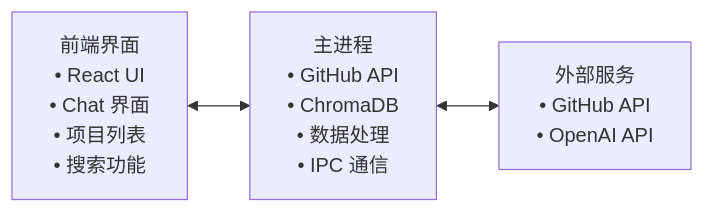
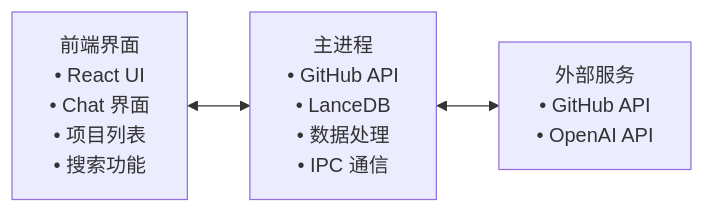
One commit to yangyang0507/starepo changed the diagram in README.md. Above: the diagram before and after it, drawn with Mermaid. The commit also changed other lines of this file and 6 other files, not shown here.

````diff
--- a/README.md
+++ b/README.md
@@ -105,9 +105,9 @@
 ```mermaid
 graph LR
     Frontend[前端界面<br/>• React UI<br/>• Chat 界面<br/>• 项目列表<br/>• 搜索功能]
-    MainProcess[主进程<br/>• GitHub API<br/>• ChromaDB<br/>• 数据处理<br/>• IPC 通信]
+    MainProcess[主进程<br/>• GitHub API<br/>• LanceDB<br/>• 数据处理<br/>• IPC 通信]
     ExternalServices[外部服务<br/>• GitHub API<br/>• OpenAI API]
     
     Frontend <--> MainProcess
     MainProcess <--> ExternalServices
 ```
````
